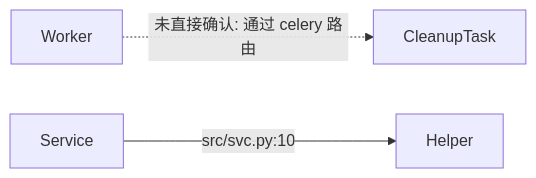
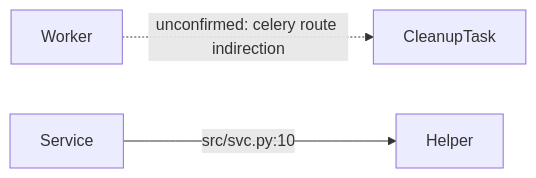
Before and after one commit to aiden0z/skills: the third of 4 diagrams in skills/repo-bug-audit/references/call-graph-conventions.md, drawn with Mermaid. The commit also changed other lines of this file and 27 other files, not shown here.

````diff
--- a/skills/repo-bug-audit/references/call-graph-conventions.md
+++ b/skills/repo-bug-audit/references/call-graph-conventions.md
@@ -60,5 +71,5 @@
 ```mermaid
 flowchart LR
-    A[Worker] -.->|未直接确认: 通过 celery 路由| B[CleanupTask]
+    A[Worker] -.->|unconfirmed: celery route indirection| B[CleanupTask]
     C[Service] -->|src/svc.py:10| D[Helper]
 ```
````
